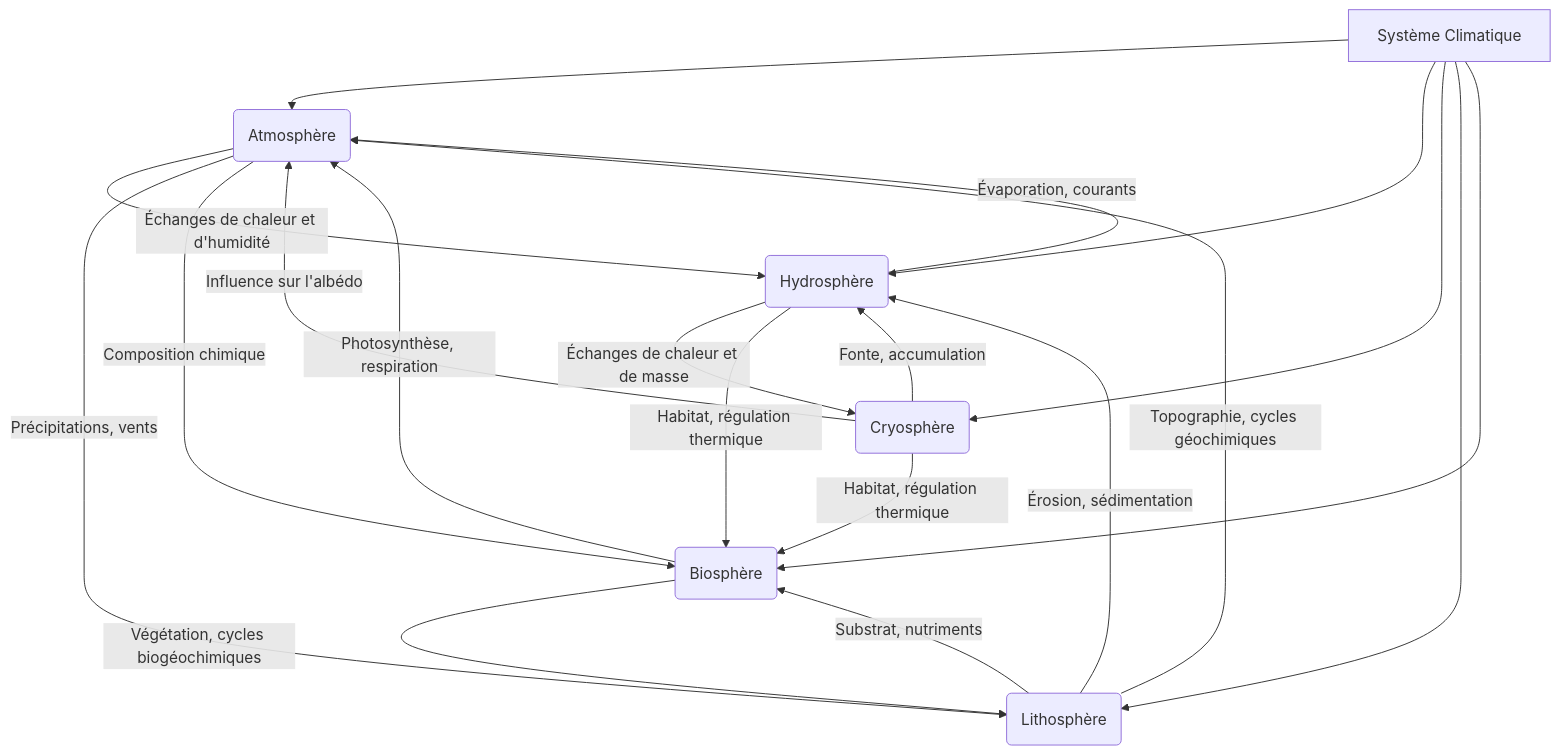
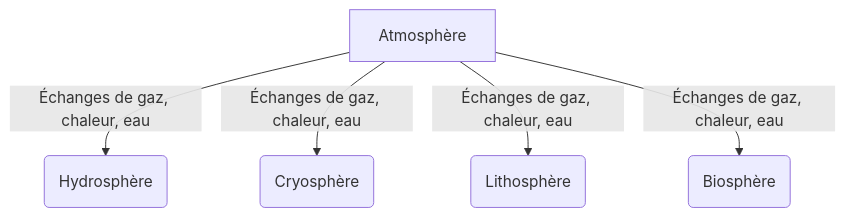
Before and after one commit to Open-Primer/OpenPrimer: the first of 3 diagrams in web/drafts_revisions/final_reconstructed_narrative_systeme-climatique-bilans-energetiques.md, drawn with Mermaid. The commit also changed other lines of this file and 267 other files, not shown here.

````diff
--- a/web/drafts_revisions/final_reconstructed_narrative_systeme-climatique-bilans-energetiques.md
+++ b/web/drafts_revisions/final_reconstructed_narrative_systeme-climatique-bilans-energetiques.md
@@ -9,23 +22,7 @@
 ```mermaid
 graph TD
-    A[Système Climatique] --> B(Atmosphère)
-    A --> C(Hydrosphère)
-    A --> D(Cryosphère)
-    A --> E(Lithosphère)
-    A --> F(Biosphère)
-
-    B -- Échanges de chaleur et d'humidité --> C
-    C -- Échanges de chaleur et de masse --> D
-    D -- Influence sur l'albédo --> B
-    E -- Topographie, cycles géochimiques --> B
-    F -- Photosynthèse, respiration --> B
-    B -- Précipitations, vents --> E
-    C -- Évaporation, courants --> B
-    D -- Fonte, accumulation --> C
-    E -- Érosion, sédimentation --> C
-    F -- Végétation, cycles biogéochimiques --> E
-    B -- Composition chimique --> F
-    C -- Habitat, régulation thermique --> F
-    D -- Habitat, régulation thermique --> F
-    E -- Substrat, nutriments --> F
+    A[Atmosphère] -->|Échanges de gaz, chaleur, eau| B(Hydrosphère)
+    A -->|Échanges de gaz, chaleur, eau| C(Cryosphère)
+    A -->|Échanges de gaz, chaleur, eau| D(Lithosphère)
+    A -->|Échanges de gaz, chaleur, eau| E(Biosphère)
 ```
````
